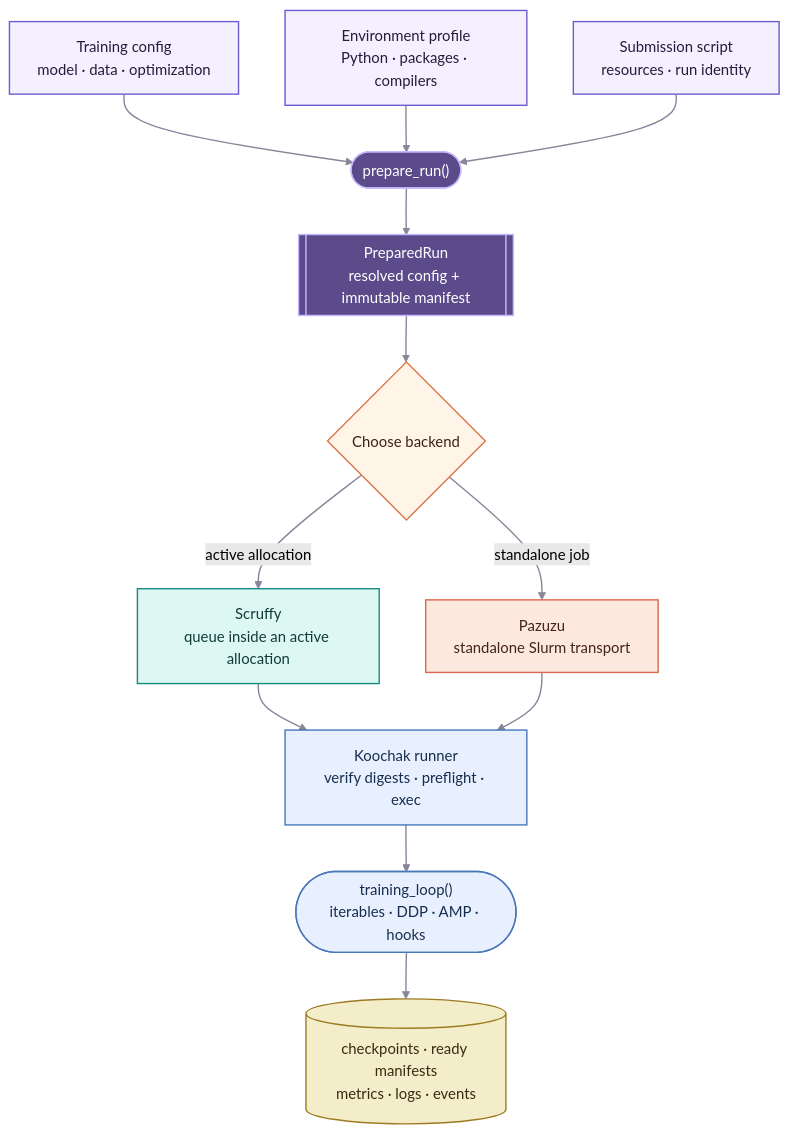
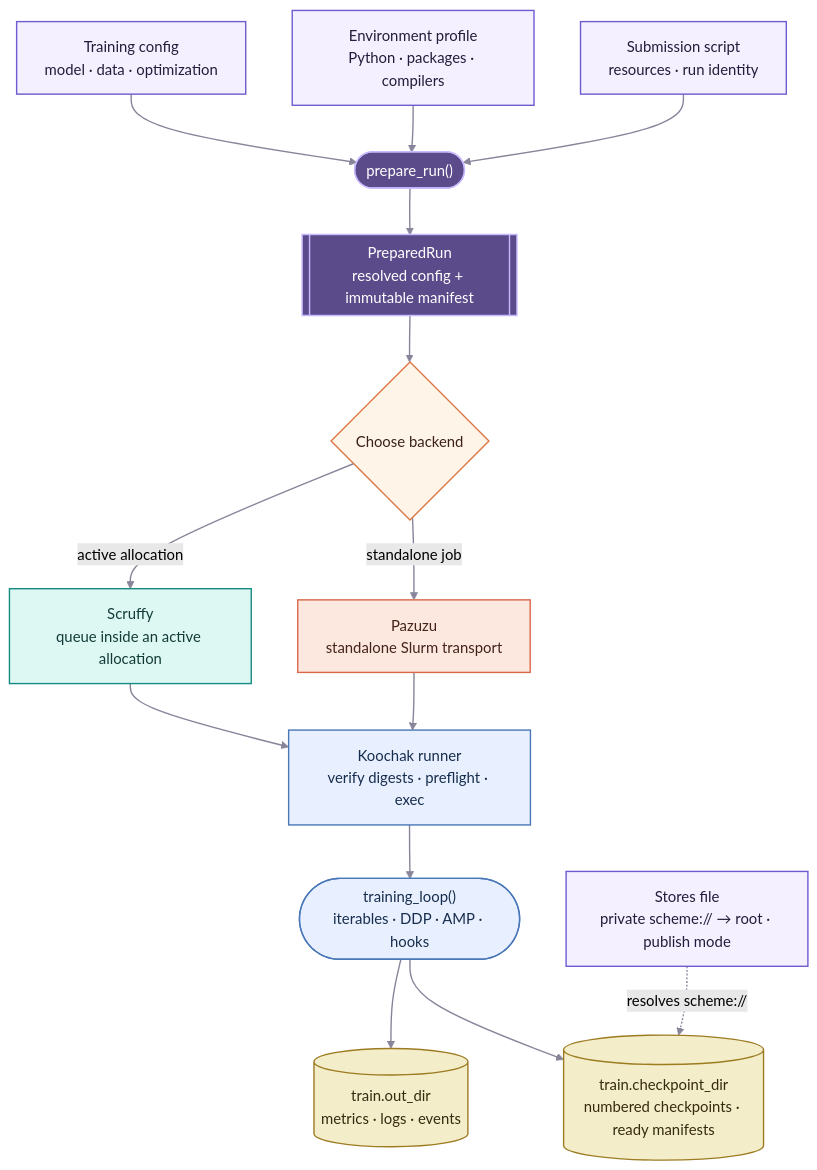
One commit to jamaliki/koochak changed the first of 3 diagrams in README.md. Above: the diagram before and after it, drawn with Mermaid (forest theme). The commit also changed other lines of this file, not shown here.

First line of the commit message:
Show store-based checkpoints and the storage layer in the README diagrams

````diff
--- a/README.md
+++ b/README.md
@@ -28,53 +28,60 @@
 ```mermaid
 flowchart TB
     config["Training config
 model · data · optimization"]
     profile["Environment profile
 Python · packages · compilers"]
     script["Submission script
 resources · run identity"]
 
     prepare(["prepare_run()"])
     bundle[["PreparedRun
 resolved config + immutable manifest"]]
     route{"Choose backend"}
 
     scruffy["Scruffy
 queue inside an active allocation"]
     pazuzu["Pazuzu
 standalone Slurm transport"]
 
     runner["Koochak runner
 verify digests · preflight · exec"]
     loop(["training_loop()
 iterables · DDP · AMP · hooks"])
-    outputs[("checkpoints · ready manifests
+    logs[("train.out_dir
 metrics · logs · events")]
+    checkpoints[("train.checkpoint_dir
+numbered checkpoints · ready manifests")]
+    stores["Stores file
+private scheme:// → root · publish mode"]
 
     config --> prepare
     profile --> prepare
     script --> prepare
     prepare --> bundle --> route
     route -->|active allocation| scruffy
     route -->|standalone job| pazuzu
     scruffy --> runner
     pazuzu --> runner
-    runner --> loop --> outputs
+    runner --> loop
+    loop --> logs
+    loop --> checkpoints
+    stores -.->|resolves scheme://| checkpoints
 
     classDef input fill:#F4F0FF,stroke:#6D5BD0,color:#241C3A,stroke-width:1.5px;
     classDef core fill:#5B4B8A,stroke:#C7B9FF,color:#FFFFFF,stroke-width:1.5px;
     classDef choice fill:#FFF4E8,stroke:#D97745,color:#3A2117,stroke-width:1.5px;
     classDef scruffyNode fill:#DDF7F3,stroke:#168B83,color:#123B38,stroke-width:1.5px;
     classDef pazuzuNode fill:#FCE8DE,stroke:#D9674B,color:#44231A,stroke-width:1.5px;
     classDef runtime fill:#E8F0FF,stroke:#4977B8,color:#172D4D,stroke-width:1.5px;
     classDef result fill:#F4EDC9,stroke:#9C7B21,color:#352B10,stroke-width:1.5px;
 
-    class config,profile,script input;
+    class config,profile,script,stores input;
     class prepare,bundle core;
     class route choice;
     class scruffy scruffyNode;
     class pazuzu pazuzuNode;
     class runner,loop runtime;
-    class outputs result;
+    class logs,checkpoints result;
     linkStyle default stroke:#88859A,stroke-width:1.5px;
 ```
````
